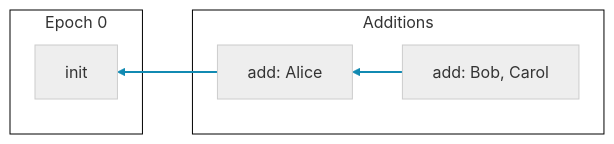
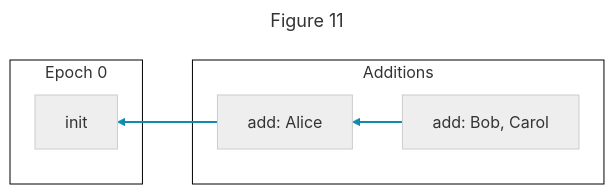
Diagram 11 of 14 in README.md (ssbc/ssb-group-exclusion-spec), drawn with Mermaid before and after one commit. The commit also changed other lines of this file, not shown here.

````diff
--- a/README.md
+++ b/README.md
@@ -533,19 +569,22 @@
 ```mermaid
+---
+title: Figure 11
+---
 flowchart RL
 
 subgraph Additions
   0_add_0[add: Alice]
   0_add_1[add: Bob, Carol]
 end
 
 subgraph epoch_0[Epoch 0]
   0_init[init]
 end
 
 %% members tangle - epoch 0
 0_add_1 --> 0_add_0 --> 0_init
 linkStyle 0,1 stroke:#118AB2,stroke-width:2;
 
 classDef default stroke:#ccc,fill:#eee,color:#333;
 classDef cluster fill:#fff,stroke:#000,color:#333;
 ```
````
